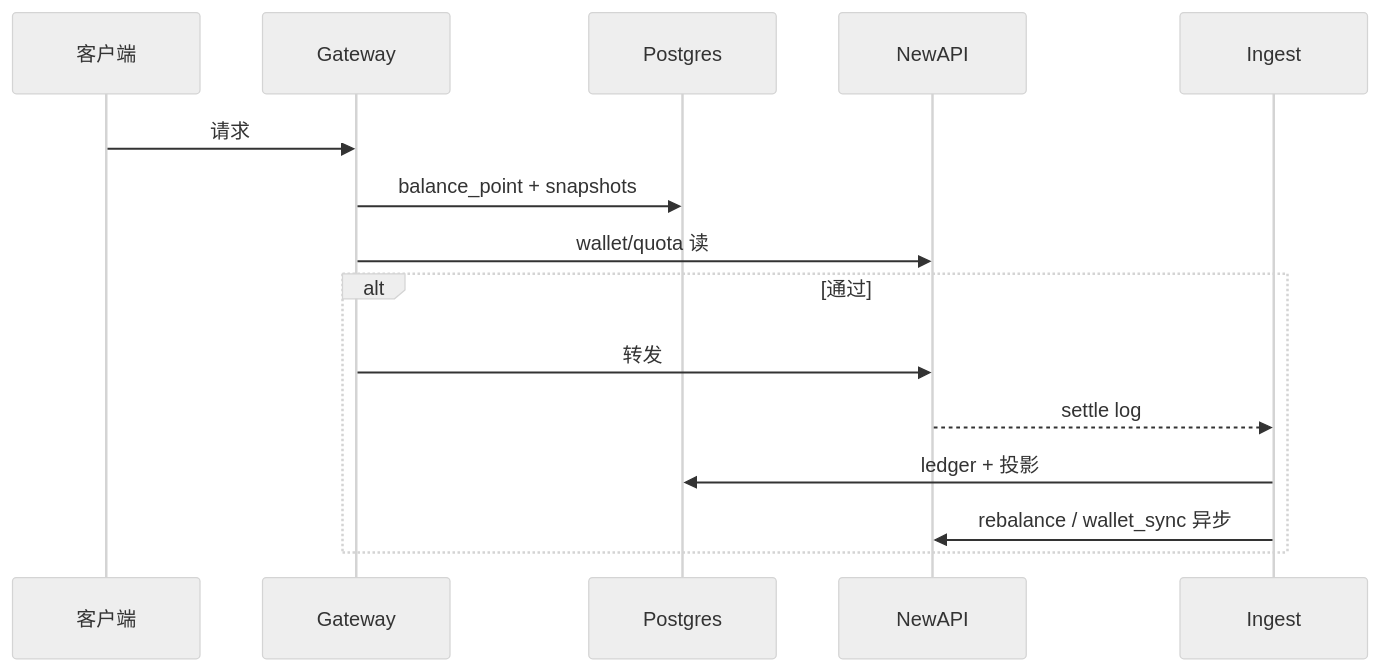
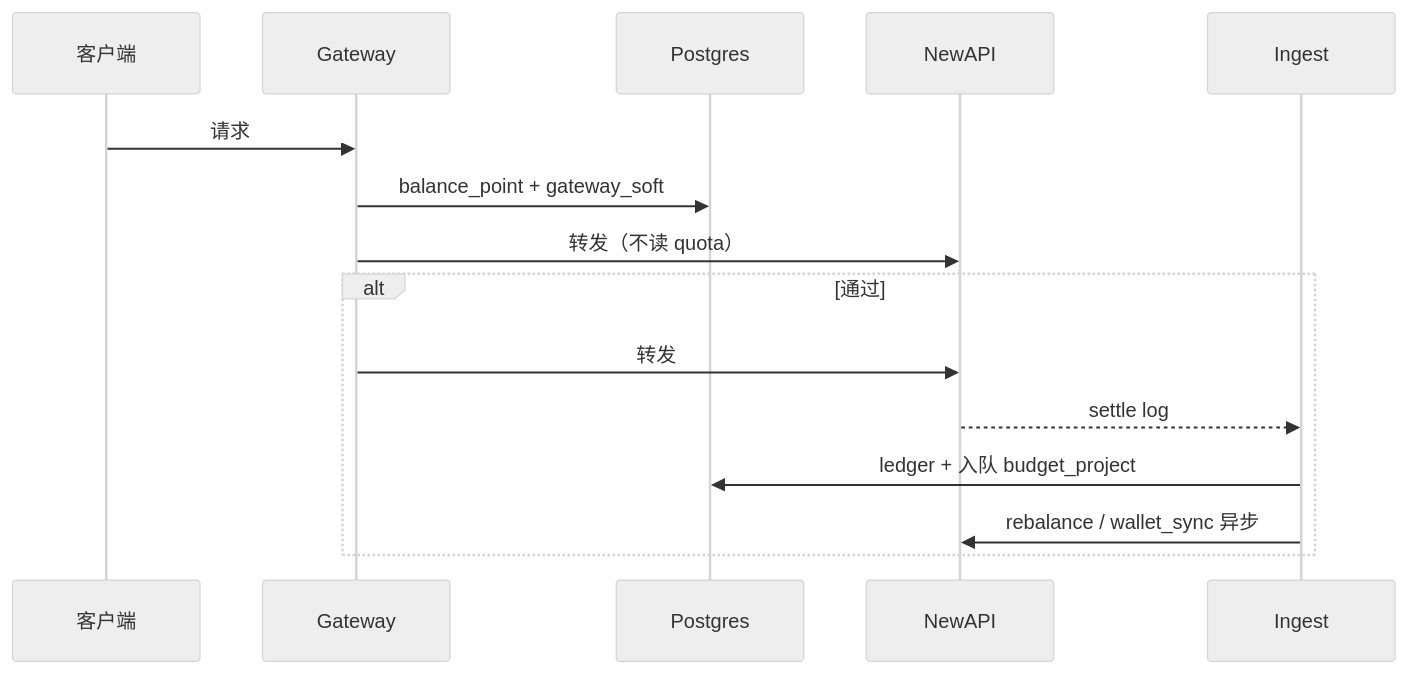
Before and after one commit to quyip8818/mytokenjoy: the fourth of 6 diagrams in docs/架构评审-系统与数据模型.md, drawn with Mermaid (neutral theme). The commit also changed other lines of this file and 16 other files, not shown here.

````diff
--- a/docs/架构评审-系统与数据模型.md
+++ b/docs/架构评审-系统与数据模型.md
@@ -196,18 +196,18 @@
 ```mermaid
 sequenceDiagram
   participant C as 客户端
   participant GW as Gateway
   participant PG as Postgres
   participant NA as NewAPI
   participant ING as Ingest
 
   C->>GW: 请求
-  GW->>PG: balance_point + snapshots
-  GW->>NA: wallet/quota 读
+  GW->>PG: balance_point + gateway_soft
+  GW->>NA: 转发（不读 quota）
   alt 通过
     GW->>NA: 转发
     NA-->>ING: settle log
-    ING->>PG: ledger + 投影
+    ING->>PG: ledger + 入队 budget_project
     ING->>NA: rebalance / wallet_sync 异步
   end
 ```
````
